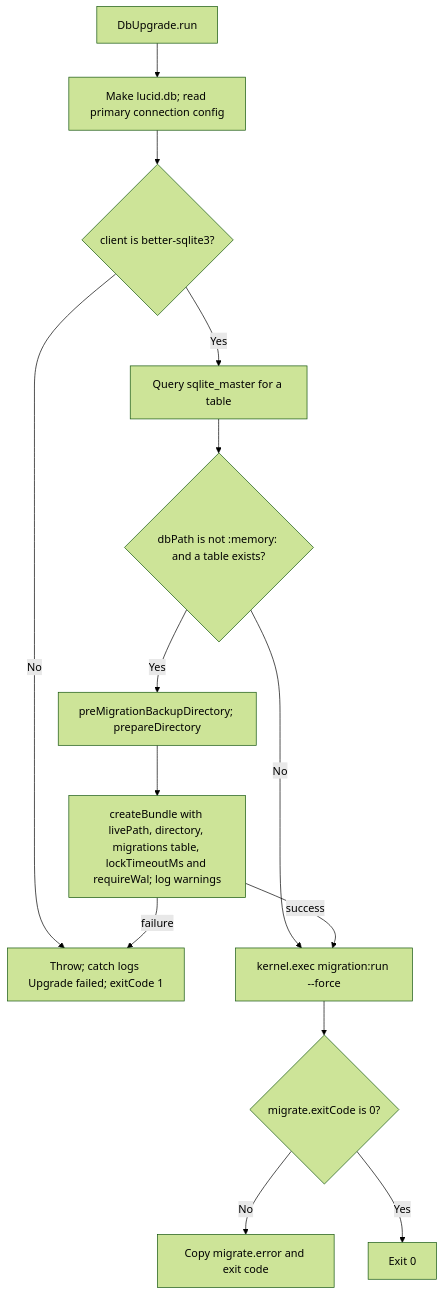
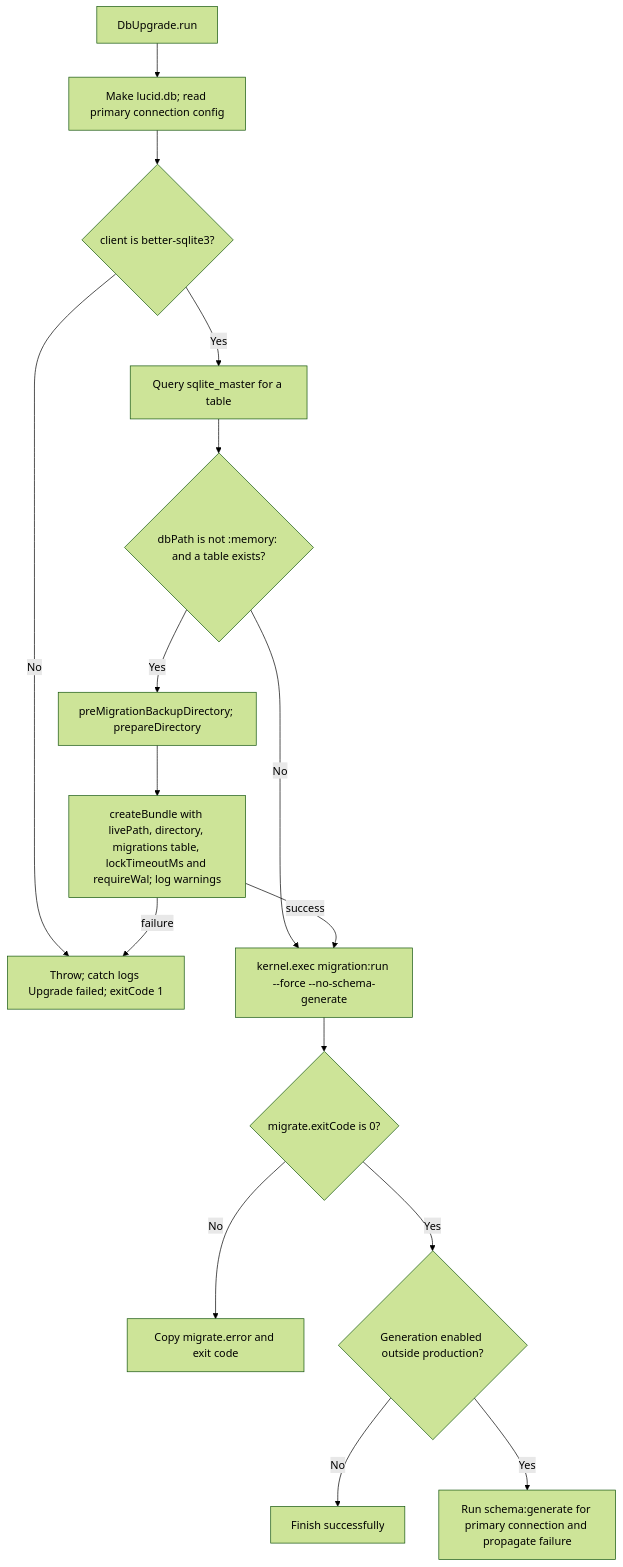
Before and after one commit to Kevinjohn/oss-adonisjs-sqlite-backup: the second of 2 diagrams in user-stories/upgrade-database/us-op-06-upgrade-database.md, drawn with Mermaid (forest theme). The commit also changed other lines of this file and 12 other files, not shown here.

````diff
--- a/user-stories/upgrade-database/us-op-06-upgrade-database.md
+++ b/user-stories/upgrade-database/us-op-06-upgrade-database.md
@@ -46,16 +47,18 @@
 ```mermaid
 flowchart TD
     A["DbUpgrade.run"] --> B["Make lucid.db; read primary connection config"]
     B --> C{"client is better-sqlite3?"}
     C -->|No| X["Throw; catch logs Upgrade failed; exitCode 1"]
     C -->|Yes| D["Query sqlite_master for a table"]
     D --> E{"dbPath is not :memory: and a table exists?"}
-    E -->|No| H["kernel.exec migration:run --force"]
+    E -->|No| H["kernel.exec migration:run --force --no-schema-generate"]
     E -->|Yes| F["preMigrationBackupDirectory; prepareDirectory"]
     F --> G["createBundle with livePath, directory, migrations table, lockTimeoutMs and requireWal; log warnings"]
     G -->|failure| X
     G -->|success| H
     H --> I{"migrate.exitCode is 0?"}
     I -->|No| J["Copy migrate.error and exit code"]
-    I -->|Yes| K["Exit 0"]
+    I -->|Yes| K{"Generation enabled outside production?"}
+    K -->|No| L["Finish successfully"]
+    K -->|Yes| M["Run schema:generate for primary connection and propagate failure"]
 ```
````
